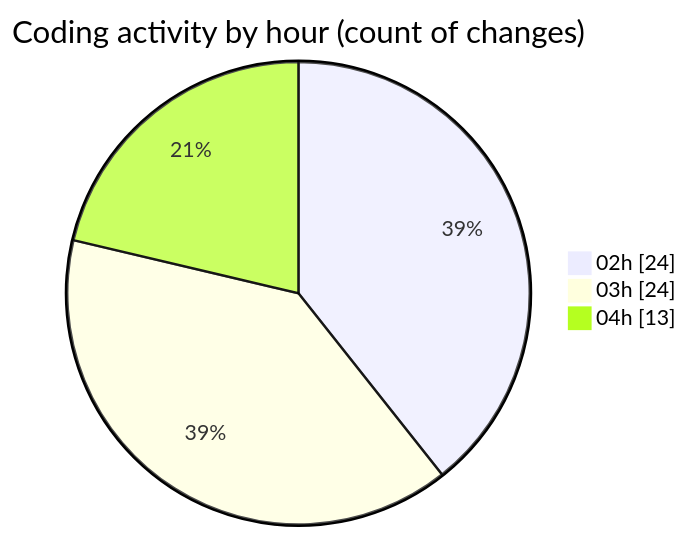
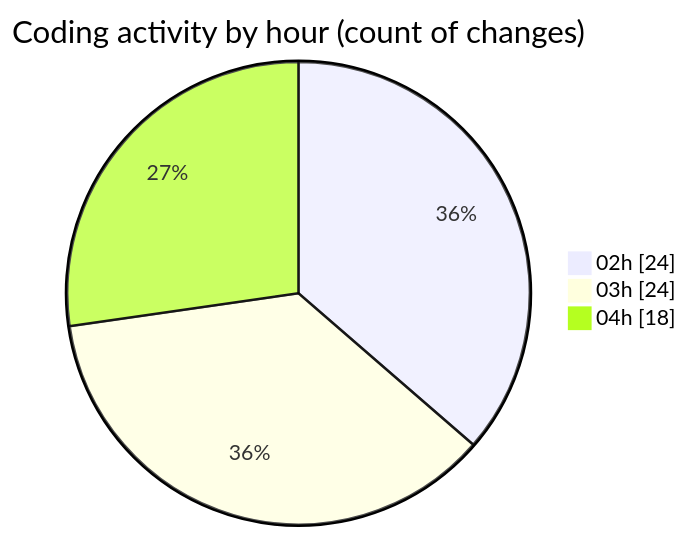
Before and after one commit to lephambinh05/code-tracking: the second of 2 diagrams in 2025-07-23/quanlyrapchieuphim/README.md, drawn with Mermaid. The commit also changed other lines of this file and 1 other file, not shown here.

````diff
--- a/2025-07-23/quanlyrapchieuphim/README.md
+++ b/2025-07-23/quanlyrapchieuphim/README.md
@@ -38,7 +38,7 @@
 ```mermaid
 pie showData
 title Coding activity by hour (count of changes)
 "02h" : 24
 "03h" : 24
-"04h" : 13
+"04h" : 18
 ```
````
